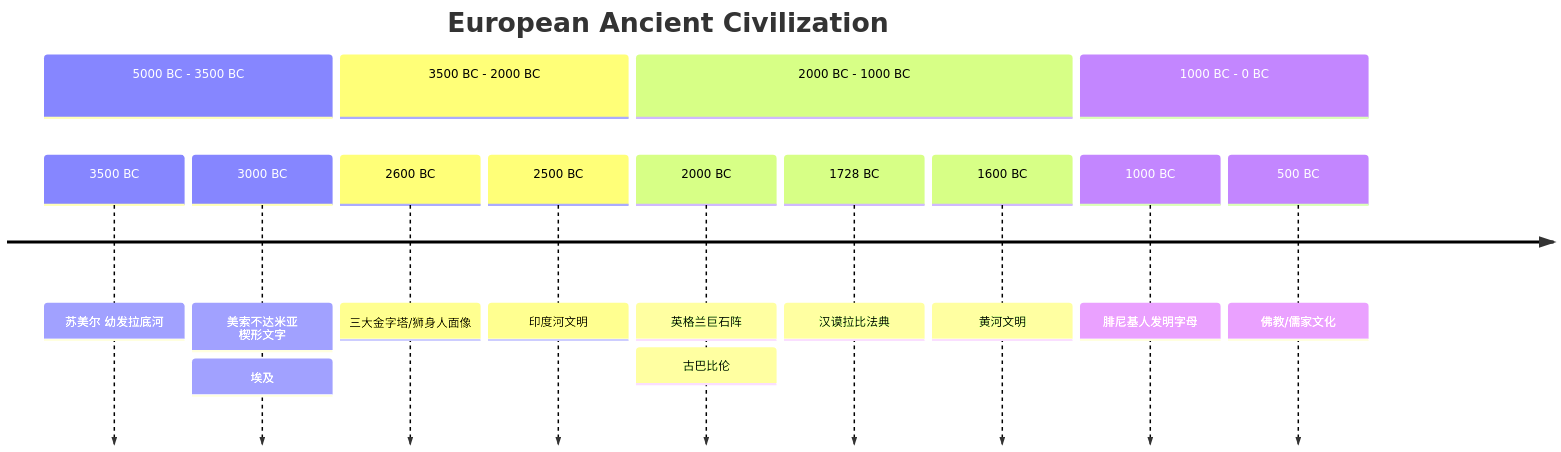
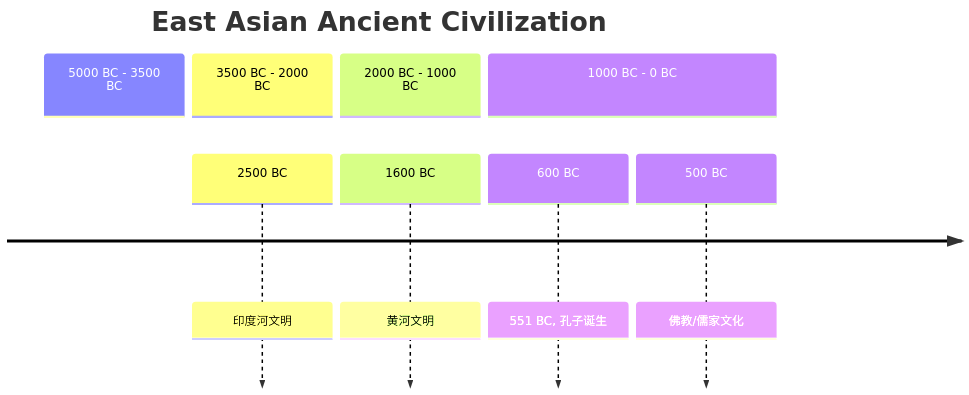
The third of 7 diagrams in README.md (stemgene/World_history_time_line), drawn with Mermaid before and after one commit. The commit also changed other lines of this file, not shown here.

````diff
--- a/README.md
+++ b/README.md
@@ -20,19 +50,15 @@
 ```mermaid
 timeline
-title European Ancient Civilization
+title East Asian Ancient Civilization
 section 5000 BC - 3500 BC
-    3500 BC : 苏美尔 幼发拉底河
-    3000 BC: 美索不达米亚 楔形文字
-           : 埃及
+
 Section 3500 BC - 2000 BC
-    2600 BC: 三大金字塔/狮身人面像
+
     2500 BC: 印度河文明
 Section 2000 BC - 1000 BC
-    2000 BC: 英格兰巨石阵
-           : 古巴比伦
-    1728 BC: 汉谟拉比法典
+
     1600 BC: 黄河文明
 Section 1000 BC - 0 BC
-    1000 BC: 腓尼基人发明字母
-    500  BC: 佛教/儒家文化
+    600 BC: 551 BC, 孔子诞生
+    500 BC: 佛教/儒家文化
 ```
````
